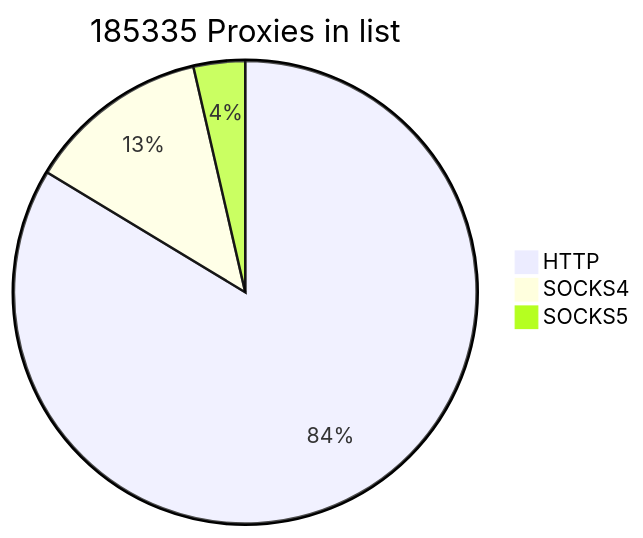
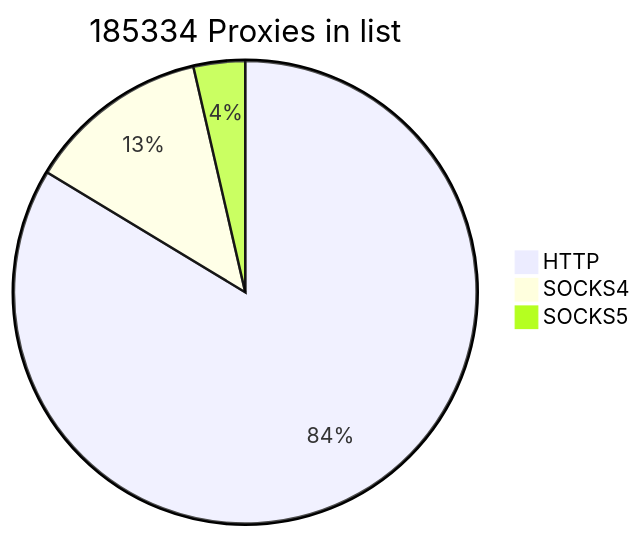
The first of 2 diagrams in README.md (cutipu/proxylist), drawn with Mermaid before and after one commit. The commit also changed other lines of this file, not shown here.

````diff
--- a/README.md
+++ b/README.md
@@ -2,7 +2,7 @@
 ```mermaid
-pie title 185335 Proxies in list
-    "HTTP" : 155055
-    "SOCKS4" : 23610
+pie title 185334 Proxies in list
+    "HTTP" : 155056
+    "SOCKS4" : 23608
     "SOCKS5" : 6670
             
 ```
````
